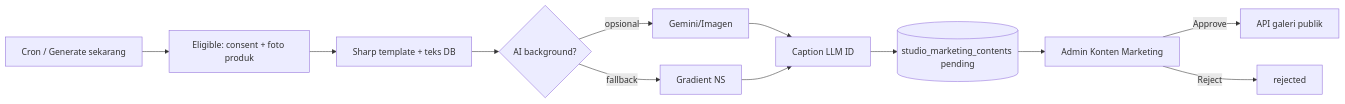
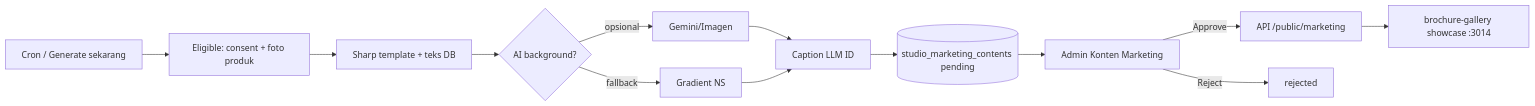
One commit to nusantarasoft/juragan-aibuilder-cup changed the diagram in diagrams/aistudio/studio/system/L5-konten-marketing.mmd. Above: the diagram before and after it, drawn with Mermaid. The commit also changed 13 other files, not shown here.

First line of the commit message:
feat(studio): wire Konten Marketing approved feed into brochure showcase

```diff
--- a/diagrams/aistudio/studio/system/L5-konten-marketing.mmd
+++ b/diagrams/aistudio/studio/system/L5-konten-marketing.mmd
@@ -1,12 +1,13 @@
 flowchart LR
   A[Cron / Generate sekarang] --> B[Eligible: consent + foto produk]
   B --> C[Sharp template + teks DB]
   C --> D{AI background?}
   D -->|opsional| E[Gemini/Imagen]
   D -->|fallback| F[Gradient NS]
   E --> G[Caption LLM ID]
   F --> G
   G --> H[(studio_marketing_contents pending)]
   H --> I[Admin Konten Marketing]
-  I -->|Approve| J[API galeri publik]
+  I -->|Approve| J[API /public/marketing]
+  J --> S[brochure-gallery showcase :3014]
   I -->|Reject| K[rejected]
```
